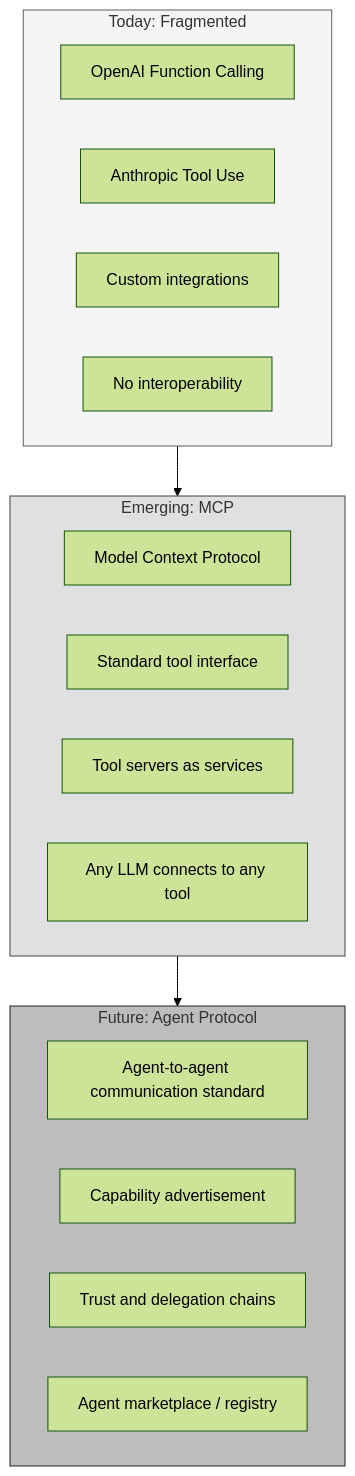
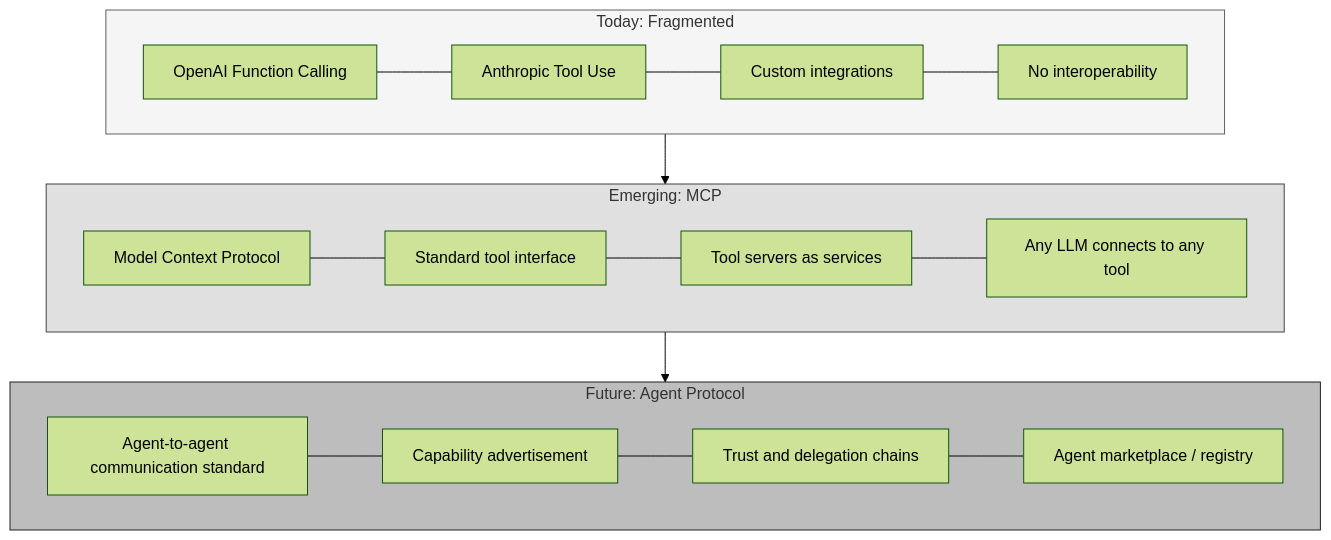
The eighth of 9 diagrams in docs/posts/08-the-future-of-software-systems.md (Shekharrajak/agent-design-patterns), drawn with Mermaid (forest theme) before and after one commit. The commit also changed other lines of this file and 7 other files, not shown here.

Commit message:
fix: resolve Mermaid rendering issues across all chapters

````diff
--- a/docs/posts/08-the-future-of-software-systems.md
+++ b/docs/posts/08-the-future-of-software-systems.md
@@ -201,29 +191,20 @@
 ```mermaid
 graph TD
     subgraph NOW["Today: Fragmented"]
-        N1["OpenAI Function Calling"]
-        N2["Anthropic Tool Use"]
-        N3["Custom integrations"]
-        N4["No interoperability"]
+        N1["OpenAI Function Calling"] --- N2["Anthropic Tool Use"] --- N3["Custom integrations"] --- N4["No interoperability"]
     end
 
     subgraph EMERGING["Emerging: MCP"]
-        M1["Model Context Protocol"]
-        M2["Standard tool interface"]
-        M3["Tool servers as services"]
-        M4["Any LLM connects to any tool"]
+        M1["Model Context Protocol"] --- M2["Standard tool interface"] --- M3["Tool servers as services"] --- M4["Any LLM connects to any tool"]
     end
 
     subgraph FUTURE["Future: Agent Protocol"]
-        F1["Agent-to-agent communication standard"]
-        F2["Capability advertisement"]
-        F3["Trust and delegation chains"]
-        F4["Agent marketplace / registry"]
+        F1["Agent-to-agent communication standard"] --- F2["Capability advertisement"] --- F3["Trust and delegation chains"] --- F4["Agent marketplace / registry"]
     end
 
     NOW --> EMERGING --> FUTURE
 
     style NOW fill:#f5f5f5,stroke:#616161
     style EMERGING fill:#e0e0e0,stroke:#424242
     style FUTURE fill:#bdbdbd,stroke:#212121
 ```
````
